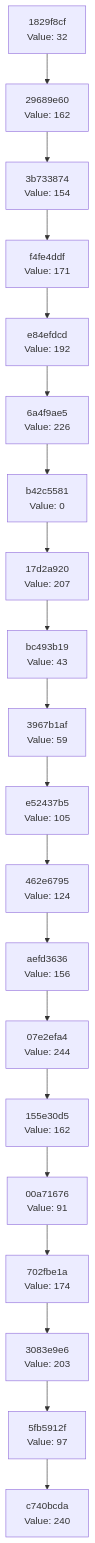
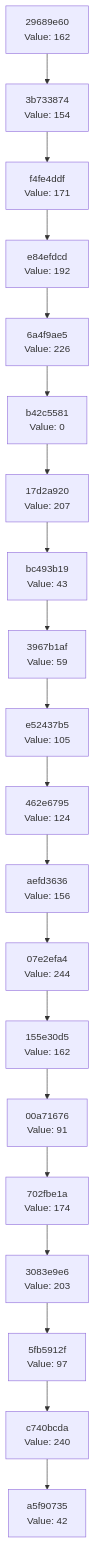
One commit to Abhisheksinha1506/hash-chain-evolver changed the diagram in docs/CHAIN_VISUALIZATION.md. Above: the diagram before and after it, drawn with Mermaid. The commit also changed 2 other files, not shown here.

Commit message:
Evolution Step

````diff
--- a/docs/CHAIN_VISUALIZATION.md
+++ b/docs/CHAIN_VISUALIZATION.md
@@ -3,42 +3,42 @@
 ```mermaid
 graph TD
-    C0["c740bcda<br/>Value: 240"]
-    C1["5fb5912f<br/>Value: 97"]
+    C0["a5f90735<br/>Value: 42"]
+    C1["c740bcda<br/>Value: 240"]
     C1 --> C0
-    C2["3083e9e6<br/>Value: 203"]
+    C2["5fb5912f<br/>Value: 97"]
     C2 --> C1
-    C3["702fbe1a<br/>Value: 174"]
+    C3["3083e9e6<br/>Value: 203"]
     C3 --> C2
-    C4["00a71676<br/>Value: 91"]
+    C4["702fbe1a<br/>Value: 174"]
     C4 --> C3
-    C5["155e30d5<br/>Value: 162"]
+    C5["00a71676<br/>Value: 91"]
     C5 --> C4
-    C6["07e2efa4<br/>Value: 244"]
+    C6["155e30d5<br/>Value: 162"]
     C6 --> C5
-    C7["aefd3636<br/>Value: 156"]
+    C7["07e2efa4<br/>Value: 244"]
     C7 --> C6
-    C8["462e6795<br/>Value: 124"]
+    C8["aefd3636<br/>Value: 156"]
     C8 --> C7
-    C9["e52437b5<br/>Value: 105"]
+    C9["462e6795<br/>Value: 124"]
     C9 --> C8
-    C10["3967b1af<br/>Value: 59"]
+    C10["e52437b5<br/>Value: 105"]
     C10 --> C9
-    C11["bc493b19<br/>Value: 43"]
+    C11["3967b1af<br/>Value: 59"]
     C11 --> C10
-    C12["17d2a920<br/>Value: 207"]
+    C12["bc493b19<br/>Value: 43"]
     C12 --> C11
-    C13["b42c5581<br/>Value: 0"]
+    C13["17d2a920<br/>Value: 207"]
     C13 --> C12
-    C14["6a4f9ae5<br/>Value: 226"]
+    C14["b42c5581<br/>Value: 0"]
     C14 --> C13
-    C15["e84efdcd<br/>Value: 192"]
+    C15["6a4f9ae5<br/>Value: 226"]
     C15 --> C14
-    C16["f4fe4ddf<br/>Value: 171"]
+    C16["e84efdcd<br/>Value: 192"]
     C16 --> C15
-    C17["3b733874<br/>Value: 154"]
+    C17["f4fe4ddf<br/>Value: 171"]
     C17 --> C16
-    C18["29689e60<br/>Value: 162"]
+    C18["3b733874<br/>Value: 154"]
     C18 --> C17
-    C19["1829f8cf<br/>Value: 32"]
+    C19["29689e60<br/>Value: 162"]
     C19 --> C18
 ```
````
